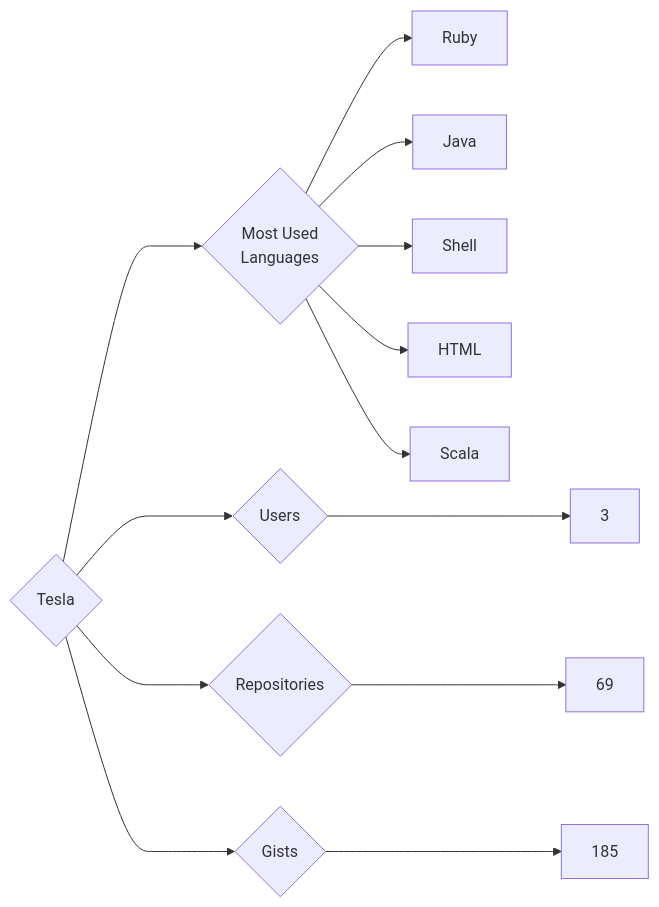
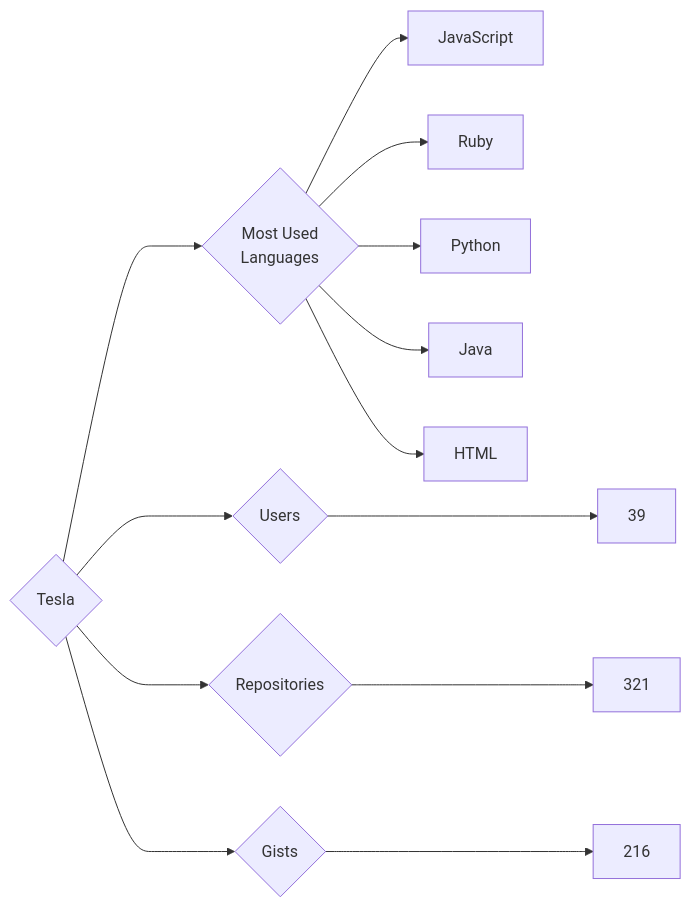
One commit to trickest/insiders changed the diagram in targets/Tesla/README.md. Above: the diagram before and after it, drawn with Mermaid. The commit also changed 878 other files, not shown here.

````diff
--- a/targets/Tesla/README.md
+++ b/targets/Tesla/README.md
@@ -3,13 +3,13 @@
 ```mermaid
 graph LR
 COMPANY_NAME{Tesla}
-COMPANY_NAME ---> U{Users} ---> UN[3]
-COMPANY_NAME ---> R{Repositories} ---> RN[69]
-COMPANY_NAME ---> G{Gists} ---> GN[185]
+COMPANY_NAME ---> U{Users} ---> UN[39]
+COMPANY_NAME ---> R{Repositories} ---> RN[321]
+COMPANY_NAME ---> G{Gists} ---> GN[216]
 COMPANY_NAME ---> ML{Most Used<br>Languages}
+ML --> JavaScript[JavaScript]
 ML --> Ruby[Ruby]
+ML --> Python[Python]
 ML --> Java[Java]
-ML --> Shell[Shell]
 ML --> HTML[HTML]
-ML --> Scala[Scala]
 ```
````
